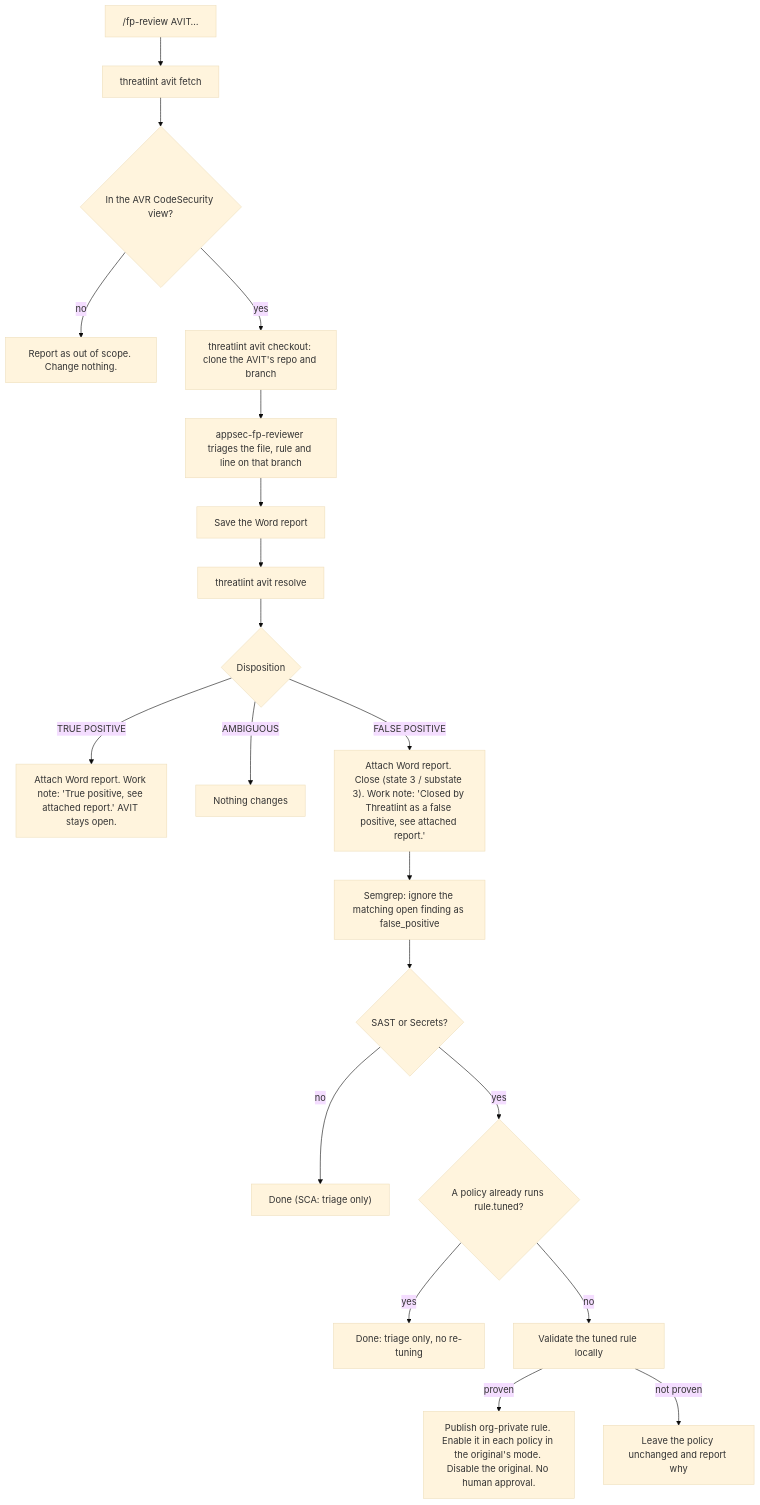
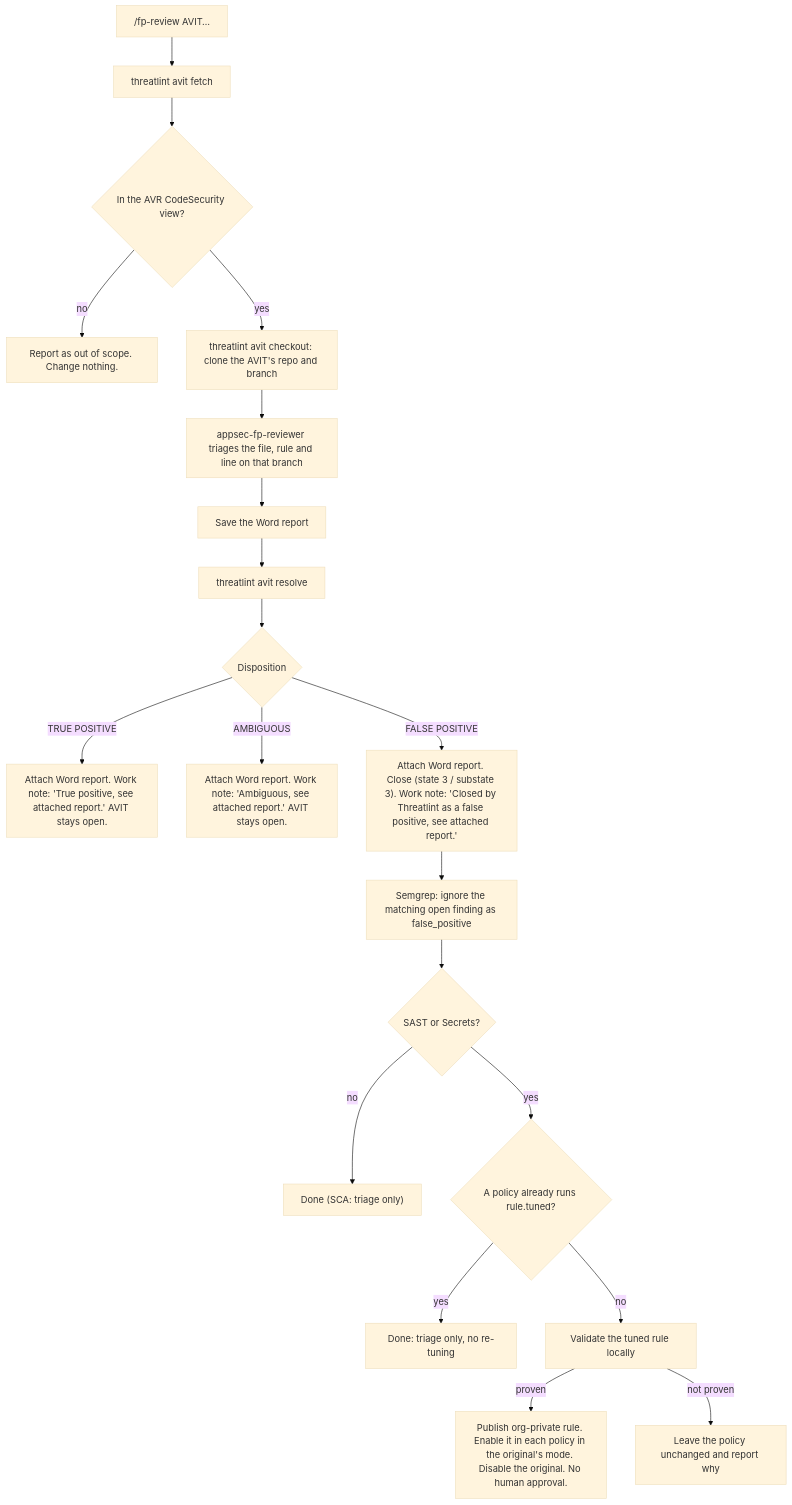
The first of 2 diagrams in docs/avit-integration.md (h0p3sf4ll/threatlint), drawn with Mermaid (base theme) before and after one commit. The commit also changed other lines of this file and 12 other files, not shown here.

````diff
--- a/docs/avit-integration.md
+++ b/docs/avit-integration.md
@@ -86,22 +86,22 @@
 ```mermaid
 flowchart TD
     A["/fp-review AVIT…"] --> B["threatlint avit fetch"]
     B --> C{"In the AVR CodeSecurity view?"}
     C -- no --> X["Report as out of scope. Change nothing."]
     C -- yes --> D["threatlint avit checkout: clone the AVIT's repo and branch"]
     D --> E["appsec-fp-reviewer triages the file, rule and line on that branch"]
     E --> F["Save the Word report"]
     F --> G["threatlint avit resolve"]
     G --> H{"Disposition"}
     H -- "TRUE POSITIVE" --> T["Attach Word report. Work note: 'True positive, see attached report.' AVIT stays open."]
-    H -- AMBIGUOUS --> N["Nothing changes"]
+    H -- AMBIGUOUS --> N["Attach Word report. Work note: 'Ambiguous, see attached report.' AVIT stays open."]
     H -- "FALSE POSITIVE" --> P["Attach Word report. Close (state 3 / substate 3). Work note: 'Closed by Threatlint as a false positive, see attached report.'"]
     P --> S["Semgrep: ignore the matching open finding as false_positive"]
     S --> R{"SAST or Secrets?"}
     R -- no --> Z["Done (SCA: triage only)"]
     R -- yes --> Q{"A policy already runs rule.tuned?"}
     Q -- yes --> Z2["Done: triage only, no re-tuning"]
     Q -- no --> V["Validate the tuned rule locally"]
     V -- proven --> W["Publish org-private rule. Enable it in each policy in the original's mode. Disable the original. No human approval."]
     V -- "not proven" --> Y["Leave the policy unchanged and report why"]
 ```
````
